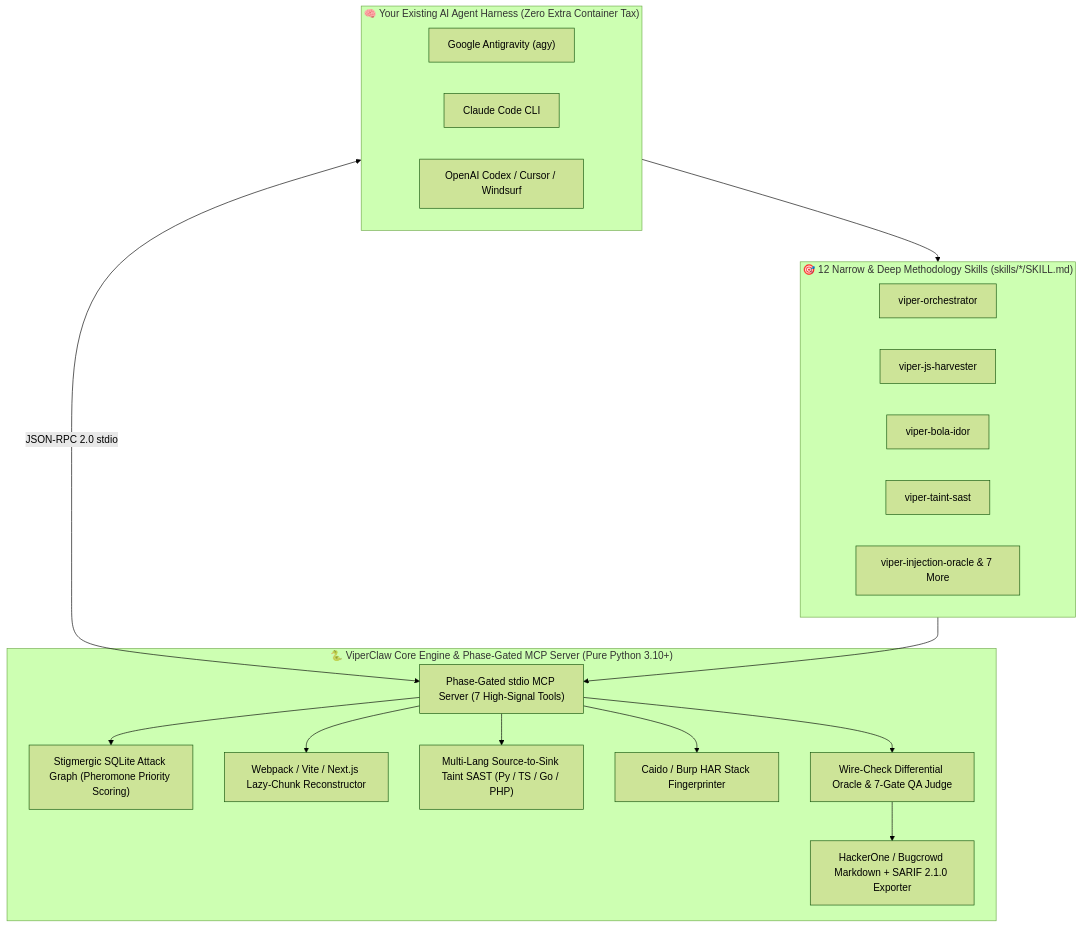
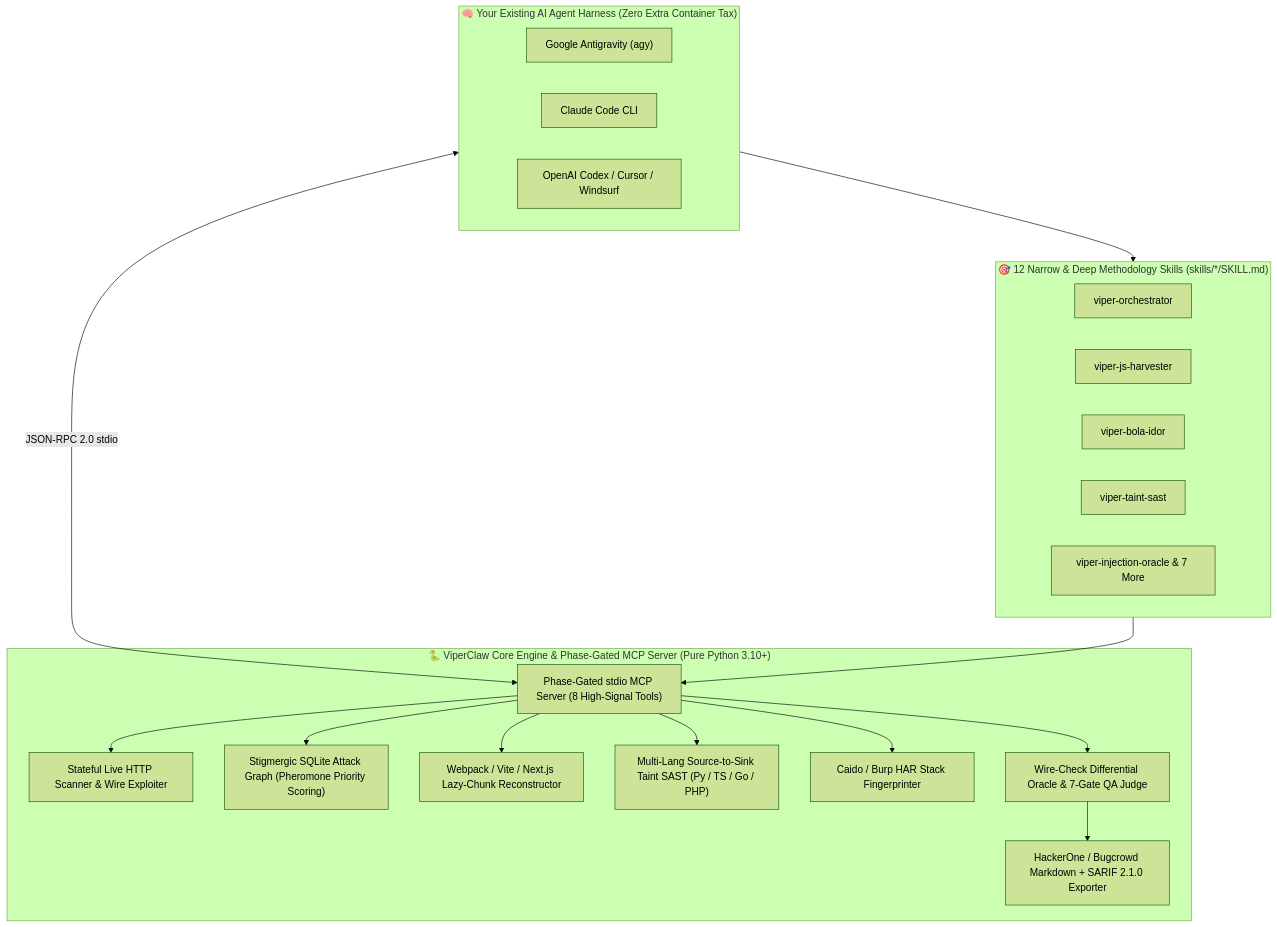
One commit to zahidoverflow/viperclaw changed the diagram in README.md. Above: the diagram before and after it, drawn with Mermaid (forest theme). The commit also changed other lines of this file and 6 other files, not shown here.

````diff
--- a/README.md
+++ b/README.md
@@ -60,36 +64,38 @@
 ```mermaid
 flowchart TD
     subgraph Harnesses["🧠 Your Existing AI Agent Harness (Zero Extra Container Tax)"]
         AGY["Google Antigravity (agy)"]
         CC["Claude Code CLI"]
         CDX["OpenAI Codex / Cursor / Windsurf"]
     end
 
     subgraph Skills["🎯 12 Narrow & Deep Methodology Skills (skills/*/SKILL.md)"]
         S1["viper-orchestrator"]
         S2["viper-js-harvester"]
         S3["viper-bola-idor"]
         S4["viper-taint-sast"]
         S5["viper-injection-oracle & 7 More"]
     end
 
     subgraph Engine["🐍 ViperClaw Core Engine & Phase-Gated MCP Server (Pure Python 3.10+)"]
-        MCP["Phase-Gated stdio MCP Server (7 High-Signal Tools)"]
+        MCP["Phase-Gated stdio MCP Server (8 High-Signal Tools)"]
+        LIVE["Stateful Live HTTP Scanner & Wire Exploiter"]
         GRAPH["Stigmergic SQLite Attack Graph (Pheromone Priority Scoring)"]
         JS["Webpack / Vite / Next.js Lazy-Chunk Reconstructor"]
         TAINT["Multi-Lang Source-to-Sink Taint SAST (Py / TS / Go / PHP)"]
         FP["Caido / Burp HAR Stack Fingerprinter"]
         ORACLE["Wire-Check Differential Oracle & 7-Gate QA Judge"]
         REP["HackerOne / Bugcrowd Markdown + SARIF 2.1.0 Exporter"]
     end
 
     Harnesses --> Skills
     Harnesses <-->|JSON-RPC 2.0 stdio| MCP
     Skills --> MCP
+    MCP --> LIVE
     MCP --> GRAPH
     MCP --> JS
     MCP --> TAINT
     MCP --> FP
     MCP --> ORACLE
     ORACLE --> REP
 ```
````
